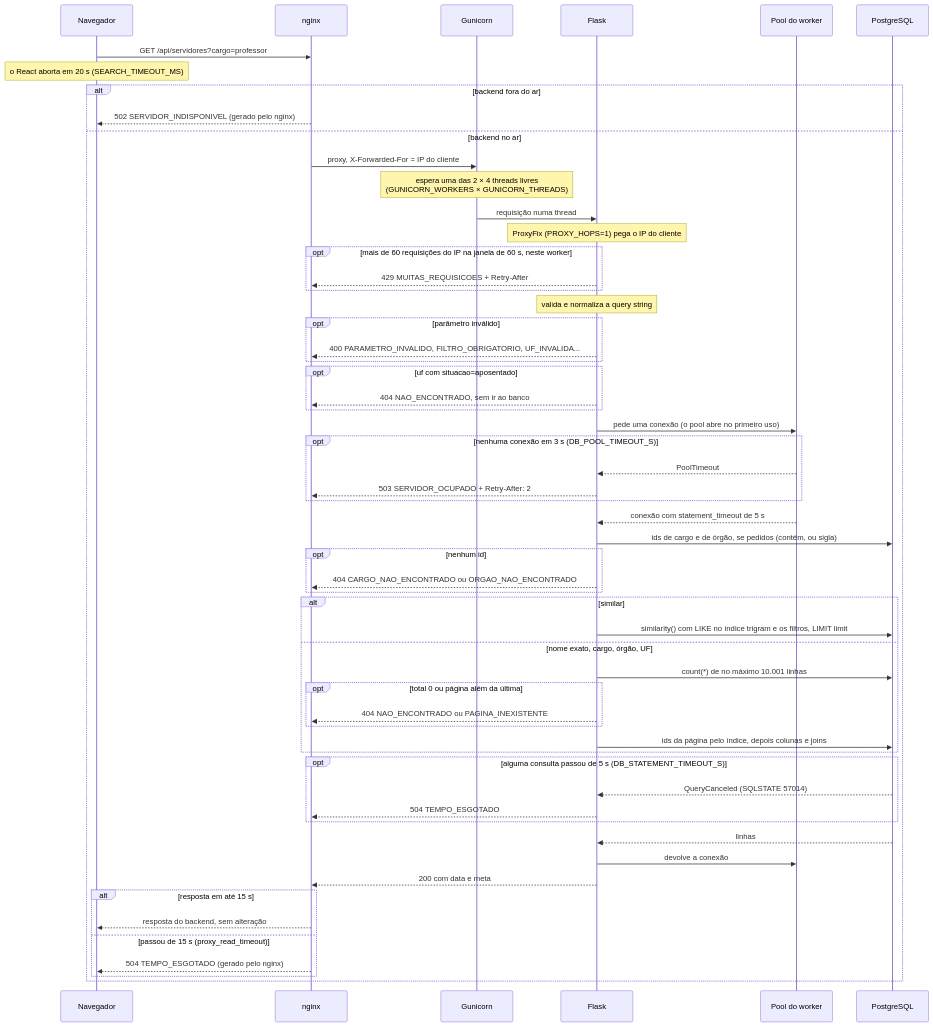
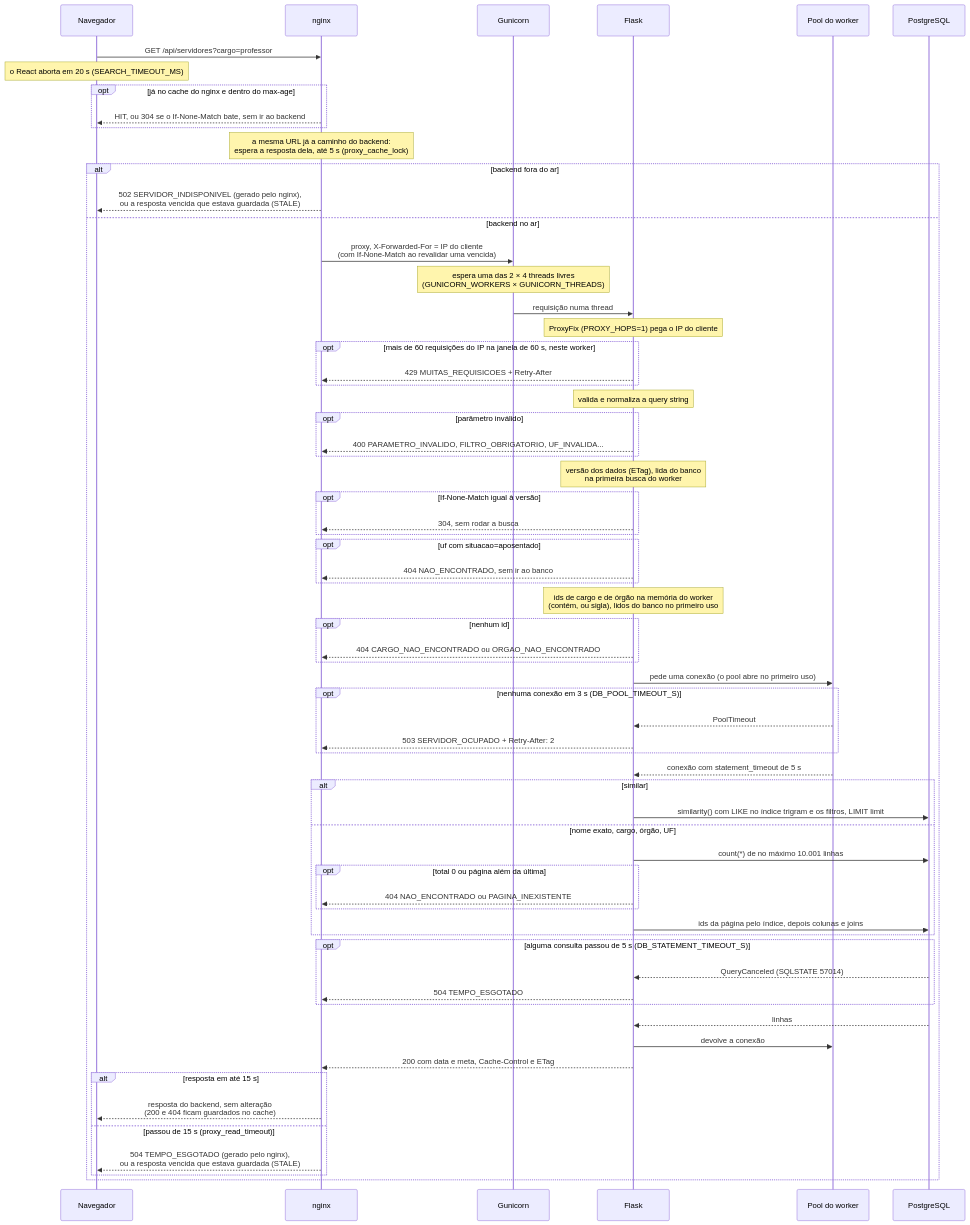
Before and after one commit to cerfdotdev/radar-publico: the second of 5 diagrams in docs/arquitetura.md, drawn with Mermaid. The commit also changed other lines of this file and 5 other files, not shown here.

````diff
--- a/docs/arquitetura.md
+++ b/docs/arquitetura.md
@@ -83,61 +86,69 @@
 ```mermaid
 sequenceDiagram
     participant B as Navegador
     participant N as nginx
     participant G as Gunicorn
     participant F as Flask
     participant P as Pool do worker
     participant D as PostgreSQL
 
     B->>N: GET /api/servidores?cargo=professor
     Note over B: o React aborta em 20 s (SEARCH_TIMEOUT_MS)
+    opt já no cache do nginx e dentro do max-age
+        N-->>B: HIT, ou 304 se o If-None-Match bate, sem ir ao backend
+    end
+    Note over N: a mesma URL já a caminho do backend:<br/>espera a resposta dela, até 5 s (proxy_cache_lock)
     alt backend fora do ar
-        N-->>B: 502 SERVIDOR_INDISPONIVEL (gerado pelo nginx)
+        N-->>B: 502 SERVIDOR_INDISPONIVEL (gerado pelo nginx),<br/>ou a resposta vencida que estava guardada (STALE)
     else backend no ar
-        N->>G: proxy, X-Forwarded-For = IP do cliente
+        N->>G: proxy, X-Forwarded-For = IP do cliente<br/>(com If-None-Match ao revalidar uma vencida)
         Note over G: espera uma das 2 × 4 threads livres<br/>(GUNICORN_WORKERS × GUNICORN_THREADS)
         G->>F: requisição numa thread
         Note over F: ProxyFix (PROXY_HOPS=1) pega o IP do cliente
         opt mais de 60 requisições do IP na janela de 60 s, neste worker
             F-->>N: 429 MUITAS_REQUISICOES + Retry-After
         end
         Note over F: valida e normaliza a query string
         opt parâmetro inválido
             F-->>N: 400 PARAMETRO_INVALIDO, FILTRO_OBRIGATORIO, UF_INVALIDA...
         end
+        Note over F: versão dos dados (ETag), lida do banco<br/>na primeira busca do worker
+        opt If-None-Match igual à versão
+            F-->>N: 304, sem rodar a busca
+        end
         opt uf com situacao=aposentado
             F-->>N: 404 NAO_ENCONTRADO, sem ir ao banco
+        end
+        Note over F: ids de cargo e de órgão na memória do worker<br/>(contém, ou sigla), lidos do banco no primeiro uso
+        opt nenhum id
+            F-->>N: 404 CARGO_NAO_ENCONTRADO ou ORGAO_NAO_ENCONTRADO
         end
         F->>P: pede uma conexão (o pool abre no primeiro uso)
         opt nenhuma conexão em 3 s (DB_POOL_TIMEOUT_S)
             P-->>F: PoolTimeout
             F-->>N: 503 SERVIDOR_OCUPADO + Retry-After: 2
         end
         P-->>F: conexão com statement_timeout de 5 s
-        F->>D: ids de cargo e de órgão, se pedidos (contém, ou sigla)
-        opt nenhum id
-            F-->>N: 404 CARGO_NAO_ENCONTRADO ou ORGAO_NAO_ENCONTRADO
-        end
         alt similar
             F->>D: similarity() com LIKE no índice trigram e os filtros, LIMIT limit
         else nome exato, cargo, órgão, UF
             F->>D: count(*) de no máximo 10.001 linhas
             opt total 0 ou página além da última
                 F-->>N: 404 NAO_ENCONTRADO ou PAGINA_INEXISTENTE
             end
             F->>D: ids da página pelo índice, depois colunas e joins
         end
         opt alguma consulta passou de 5 s (DB_STATEMENT_TIMEOUT_S)
             D-->>F: QueryCanceled (SQLSTATE 57014)
             F-->>N: 504 TEMPO_ESGOTADO
         end
         D-->>F: linhas
         F->>P: devolve a conexão
-        F-->>N: 200 com data e meta
+        F-->>N: 200 com data e meta, Cache-Control e ETag
         alt resposta em até 15 s
-            N-->>B: resposta do backend, sem alteração
+            N-->>B: resposta do backend, sem alteração<br/>(200 e 404 ficam guardados no cache)
         else passou de 15 s (proxy_read_timeout)
-            N-->>B: 504 TEMPO_ESGOTADO (gerado pelo nginx)
+            N-->>B: 504 TEMPO_ESGOTADO (gerado pelo nginx),<br/>ou a resposta vencida que estava guardada (STALE)
         end
     end
 ```
````
